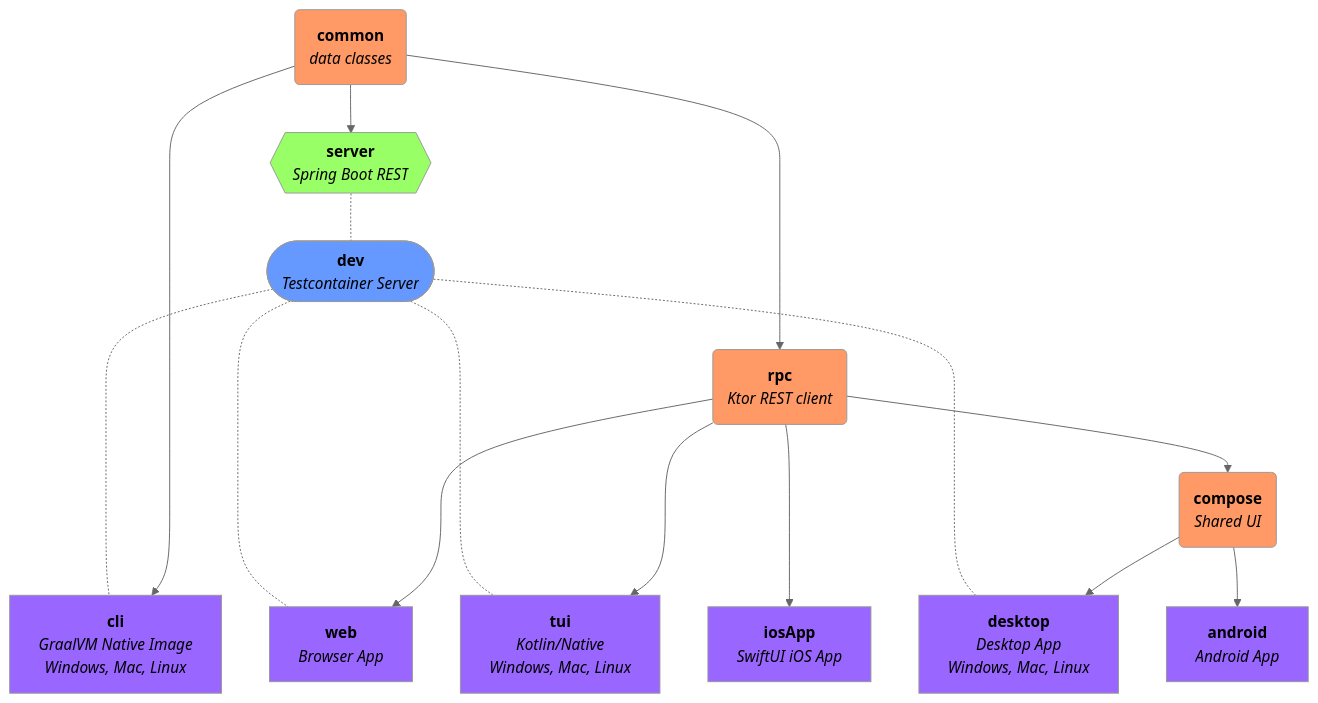
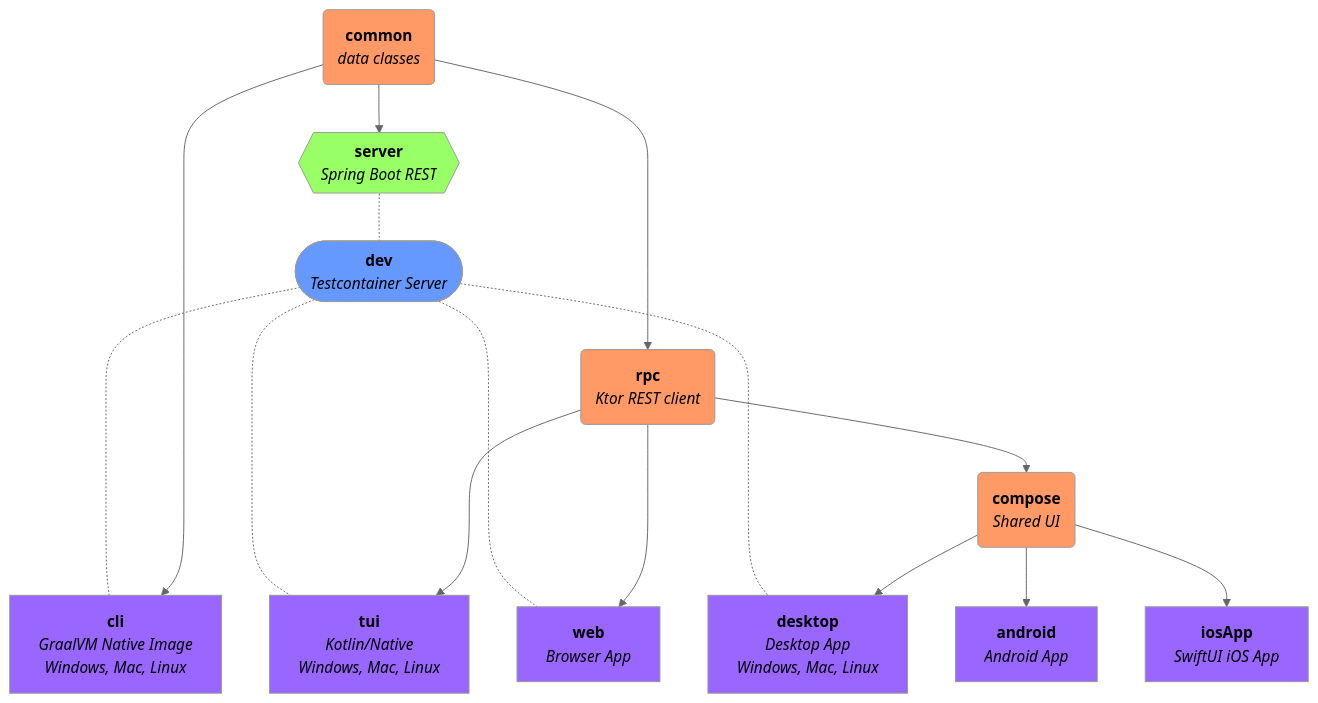
One commit to jamesward/kotlin-bars changed the diagram in README.md. Above: the diagram before and after it, drawn with Mermaid (neutral theme). The commit also changed 8 other files, not shown here.

````diff
--- a/README.md
+++ b/README.md
@@ -7,45 +7,45 @@
 ```mermaid
 graph TD
     common(<b>common</b><br/><i>data classes</i>)
     rpc(<b>rpc</b><br/><i>Ktor REST client</i>)
     server{{<b>server</b><br/><i>Spring Boot REST</i>}}
     cli[<b>cli</b><br/><i>GraalVM Native Image<br/>Windows, Mac, Linux</i>]
     tui[<b>tui</b><br/><i>Kotlin/Native<br/>Windows, Mac, Linux</i>]
     compose(<b>compose</b><br/><i>Shared UI</i>)
     web[<b>web</b><br/><i>Browser App</i>]
     iosApp[<b>iosApp</b><br/><i>SwiftUI iOS App</i>]
     android[<b>android</b><br/><i>Android App</i>]
     desktop[<b>desktop</b><br/><i>Desktop App<br/>Windows, Mac, Linux</i>]
     dev([<b>dev</b><br/><i>Testcontainer Server</i>])
 
     common --> server
 
     common --> cli
 
-    common --> rpc ---> web & iosApp & tui
-               rpc --> compose --> android & desktop
+    common --> rpc ---> web & tui
+               rpc --> compose --> android & desktop & iosApp
 
     server -.- dev -...- cli & tui & web & desktop
 
     classDef lib fill:#f96;
     classDef client fill:#96f;
     classDef server fill:#9f6;
     classDef dev fill:#69f;
 
     class common,rpc,compose lib;
     class cli,tui,desktop,android,web,iosApp client;
     class server,postgresql server;
     class dev dev;
 
     click common "https://github.com/jamesward/kotlin-bars/tree/main/common"
     click rpc "https://github.com/jamesward/kotlin-bars/tree/main/rpc"
     click server "https://github.com/jamesward/kotlin-bars/tree/main/server"
     click cli "https://github.com/jamesward/kotlin-bars/tree/main/cli"
     click tui "https://github.com/jamesward/kotlin-bars/tree/main/tui"
     click compose "https://github.com/jamesward/kotlin-bars/tree/main/compose"
     click web "https://github.com/jamesward/kotlin-bars/tree/main/web"
     click iosApp "https://github.com/jamesward/kotlin-bars/tree/main/iosApp"
     click android "https://github.com/jamesward/kotlin-bars/tree/main/android"
     click desktop "https://github.com/jamesward/kotlin-bars/tree/main/desktop"
     click dev "https://github.com/jamesward/kotlin-bars/tree/main/dev"
 ```
````
